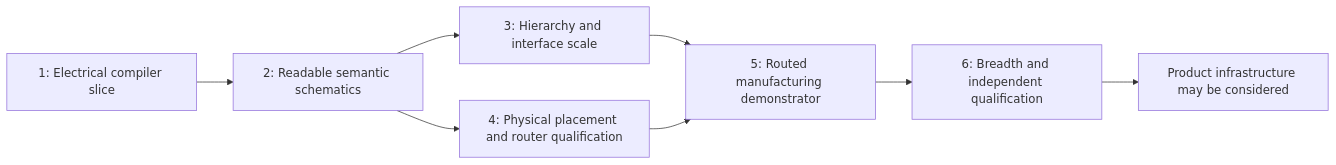
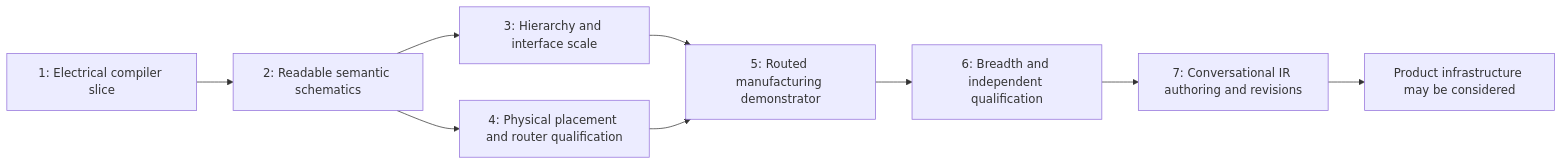
One commit to ekkus93/ai-kicad-designer changed the diagram in docs/IMPLEMENTATION_PLAN.md. Above: the diagram before and after it, drawn with Mermaid. The commit also changed other lines of this file and 8 other files, not shown here.

````diff
--- a/docs/IMPLEMENTATION_PLAN.md
+++ b/docs/IMPLEMENTATION_PLAN.md
@@ -7,10 +7,11 @@
 ```mermaid
 flowchart LR
     M1[1: Electrical compiler slice] --> M2[2: Readable semantic schematics]
     M2 --> M3[3: Hierarchy and interface scale]
     M2 --> M4[4: Physical placement and router qualification]
     M3 --> M5[5: Routed manufacturing demonstrator]
     M4 --> M5
     M5 --> M6[6: Breadth and independent qualification]
-    M6 --> P[Product infrastructure may be considered]
+    M6 --> M7[7: Conversational IR authoring and revisions]
+    M7 --> P[Product infrastructure may be considered]
 ```
````
